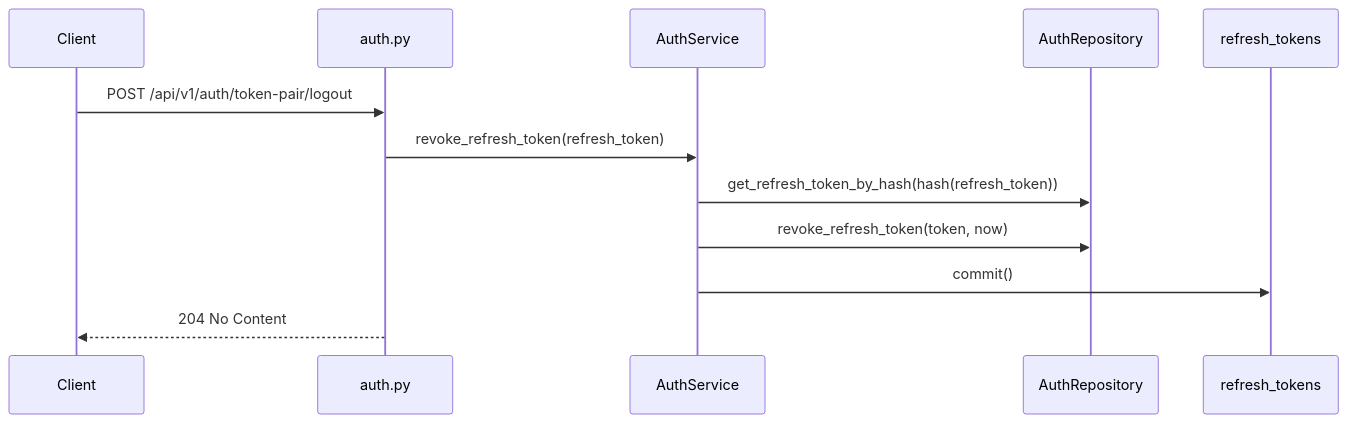
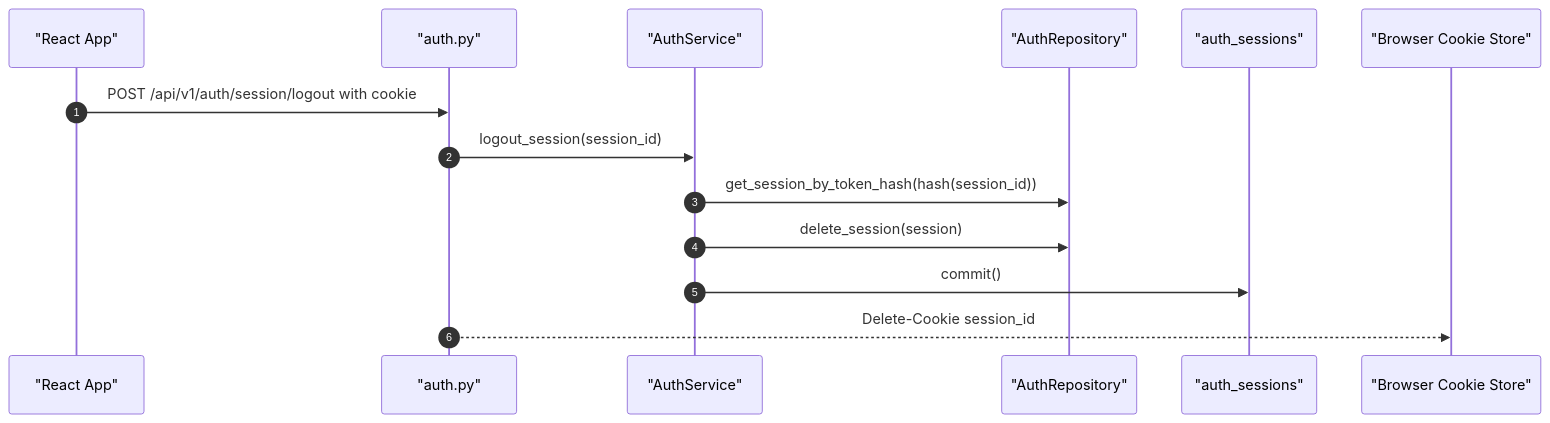
One commit to JUNGLE-TEAM1/W16_team_sprint changed the sixth of 7 diagrams in docs/sprint-2-execution-flow-guide.md. Above: the diagram before and after it, drawn with Mermaid. The commit also changed other lines of this file and 21 other files, not shown here.

Commit message:
feat: finalize sprint 2 session auth

````diff
--- a/docs/sprint-2-execution-flow-guide.md
+++ b/docs/sprint-2-execution-flow-guide.md
@@ -276,15 +209,17 @@
 ```mermaid
 sequenceDiagram
-    participant Client
-    participant API as auth.py
-    participant Service as AuthService
-    participant AuthRepo as AuthRepository
-    participant DB as refresh_tokens
+    autonumber
+    participant UI as "React App"
+    participant API as "auth.py"
+    participant Service as "AuthService"
+    participant AuthRepo as "AuthRepository"
+    participant DB as "auth_sessions"
+    participant Browser as "Browser Cookie Store"
 
-    Client->>API: POST /api/v1/auth/token-pair/logout
-    API->>Service: revoke_refresh_token(refresh_token)
-    Service->>AuthRepo: get_refresh_token_by_hash(hash(refresh_token))
-    Service->>AuthRepo: revoke_refresh_token(token, now)
+    UI->>API: POST /api/v1/auth/session/logout with cookie
+    API->>Service: logout_session(session_id)
+    Service->>AuthRepo: get_session_by_token_hash(hash(session_id))
+    Service->>AuthRepo: delete_session(session)
     Service->>DB: commit()
-    API-->>Client: 204 No Content
+    API-->>Browser: Delete-Cookie session_id
 ```
````
